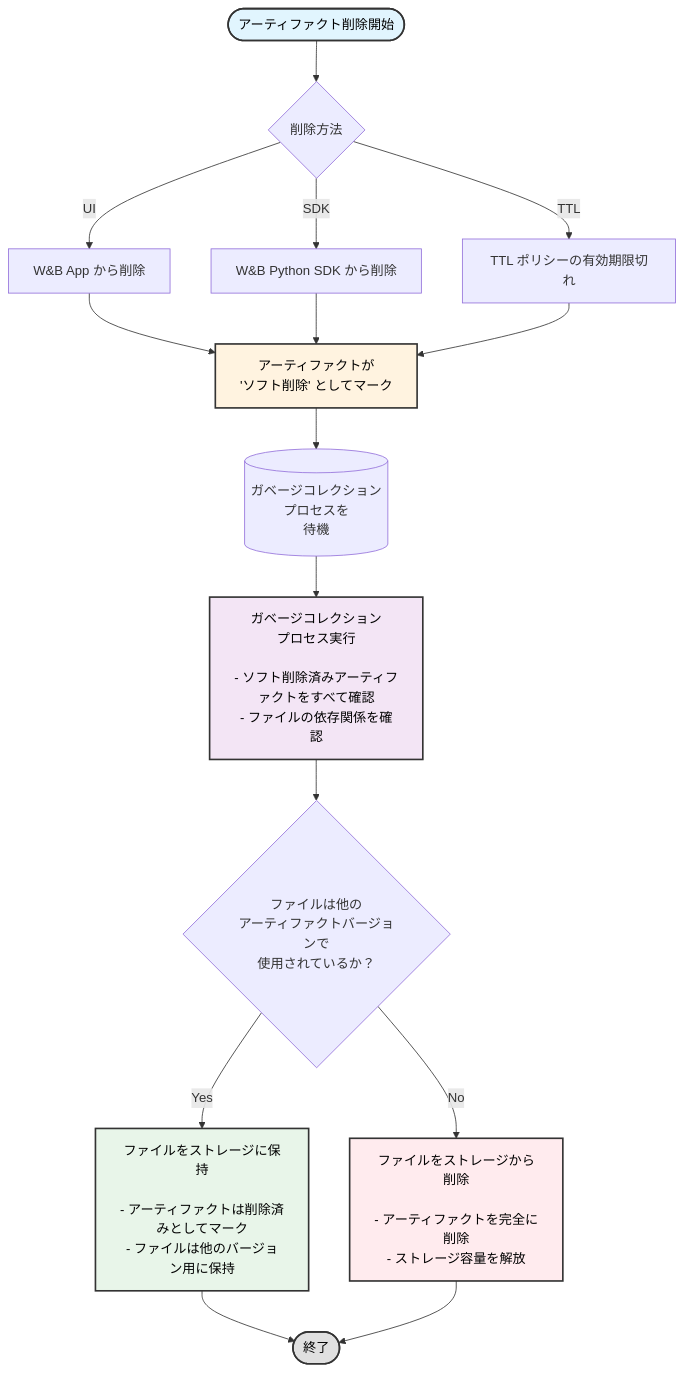
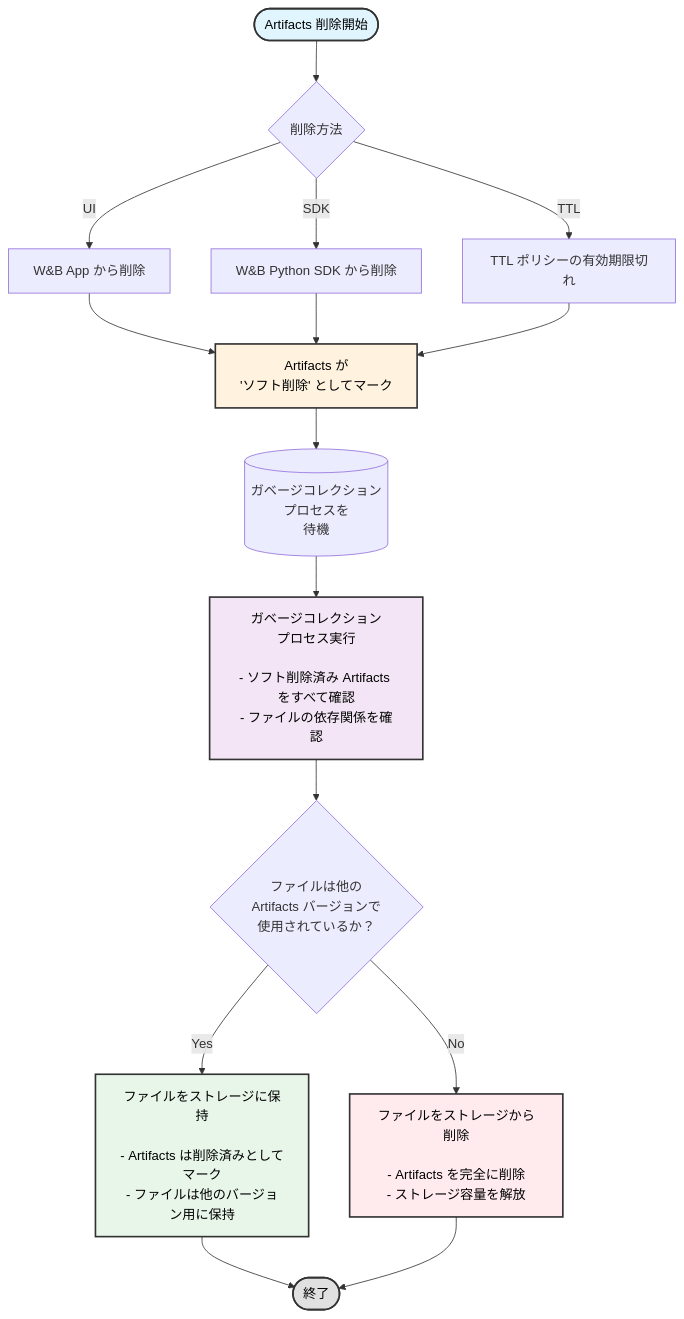
Before and after one commit to wandb/docs: the diagram in ja/models/artifacts/delete-artifacts.mdx, drawn with Mermaid. The commit also changed other lines of this file and 250 other files, not shown here.

````diff
--- a/ja/models/artifacts/delete-artifacts.mdx
+++ b/ja/models/artifacts/delete-artifacts.mdx
@@ -16,31 +16,31 @@
 ```mermaid
 graph TB
-    Start([アーティファクト削除開始]) --> DeleteMethod{削除方法}
+    Start([Artifacts 削除開始]) --> DeleteMethod{削除方法}
     
     DeleteMethod -->|UI| UIDelete[W&B App から削除]
     DeleteMethod -->|SDK| SDKDelete[W&B Python SDK から削除]
     DeleteMethod -->|TTL| TTLDelete[TTL ポリシーの有効期限切れ]
     
-    UIDelete --> SoftDelete[アーティファクトが<br/>'ソフト削除' としてマーク]
+    UIDelete --> SoftDelete[Artifacts が<br/>'ソフト削除' としてマーク]
     SDKDelete --> SoftDelete
     TTLDelete --> SoftDelete
     
     SoftDelete --> GCWait[(ガベージコレクション<br/>プロセスを<br/>待機)]
     
-    GCWait --> GCRun[ガベージコレクション<br/>プロセス実行<br/><br/>- ソフト削除済みアーティファクトをすべて確認<br/>- ファイルの依存関係を確認]
+    GCWait --> GCRun[ガベージコレクション<br/>プロセス実行<br/><br/>- ソフト削除済み Artifacts をすべて確認<br/>- ファイルの依存関係を確認]
     
-    GCRun --> CheckUsage{ファイルは他の<br/>アーティファクトバージョンで<br/>使用されているか？}
+    GCRun --> CheckUsage{ファイルは他の<br/>Artifacts バージョンで<br/>使用されているか？}
     
-    CheckUsage -->|Yes| KeepFiles[ファイルをストレージに保持<br/><br/>- アーティファクトは削除済みとしてマーク<br/>- ファイルは他のバージョン用に保持]
-    CheckUsage -->|No| DeleteFiles[ファイルをストレージから削除<br/><br/>- アーティファクトを完全に削除<br/>- ストレージ容量を解放]
+    CheckUsage -->|Yes| KeepFiles[ファイルをストレージに保持<br/><br/>- Artifacts は削除済みとしてマーク<br/>- ファイルは他のバージョン用に保持]
+    CheckUsage -->|No| DeleteFiles[ファイルをストレージから削除<br/><br/>- Artifacts を完全に削除<br/>- ストレージ容量を解放]
     
     KeepFiles --> End([終了])
     DeleteFiles --> End
     
     style Start fill:#e1f5fe,stroke:#333,stroke-width:2px,color:#000
     style SoftDelete fill:#fff3e0,stroke:#333,stroke-width:2px,color:#000
     style GCRun fill:#f3e5f5,stroke:#333,stroke-width:2px,color:#000
     style KeepFiles fill:#e8f5e9,stroke:#333,stroke-width:2px,color:#000
     style DeleteFiles fill:#ffebee,stroke:#333,stroke-width:2px,color:#000
     style End fill:#e0e0e0,stroke:#333,stroke-width:2px,color:#000
 ```
````
